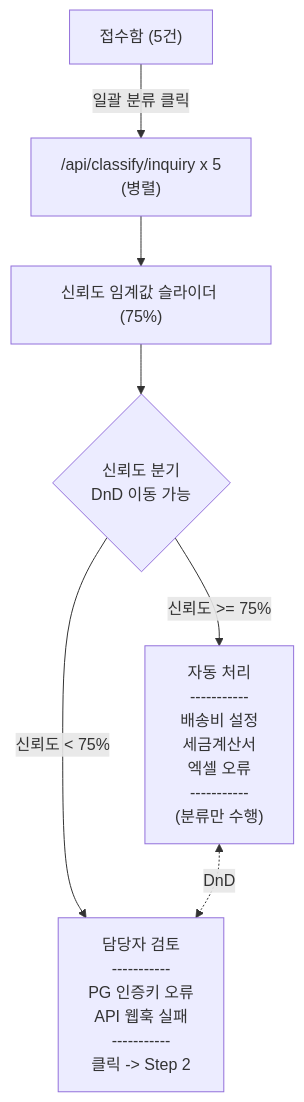
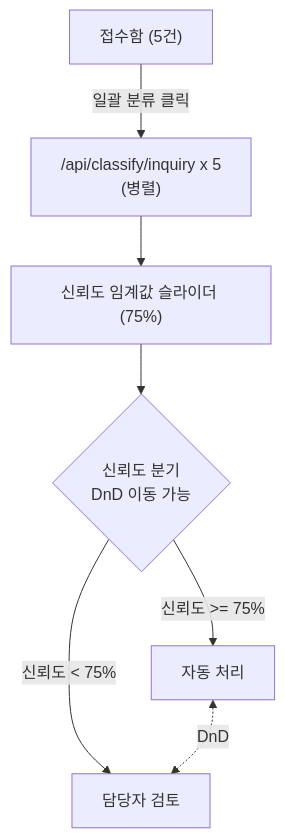
One commit to ASNGG/cafe24-demo changed the sixth of 14 diagrams in nextjs/README.md. Above: the diagram before and after it, drawn with Mermaid. The commit also changed other lines of this file and 7 other files, not shown here.

````diff
--- a/nextjs/README.md
+++ b/nextjs/README.md
@@ -410,9 +479,9 @@
 ```mermaid
 flowchart TB
     A["접수함 (5건)"] -->|"일괄 분류 클릭"| B["/api/classify/inquiry x 5<br/>(병렬)"]
     B --> C["신뢰도 임계값 슬라이더 (75%)"]
     C --> D{"신뢰도 분기<br/>DnD 이동 가능"}
-    D -->|"신뢰도 >= 75%"| E["자동 처리<br/>-----------<br/>배송비 설정<br/>세금계산서<br/>엑셀 오류<br/>-----------<br/>(분류만 수행)"]
-    D -->|"신뢰도 < 75%"| F["담당자 검토<br/>-----------<br/>PG 인증키 오류<br/>API 웹훅 실패<br/>-----------<br/>클릭 -> Step 2"]
+    D -->|"신뢰도 >= 75%"| E["자동 처리"]
+    D -->|"신뢰도 < 75%"| F["담당자 검토"]
     E <-.->|"DnD"| F
 ```
````
